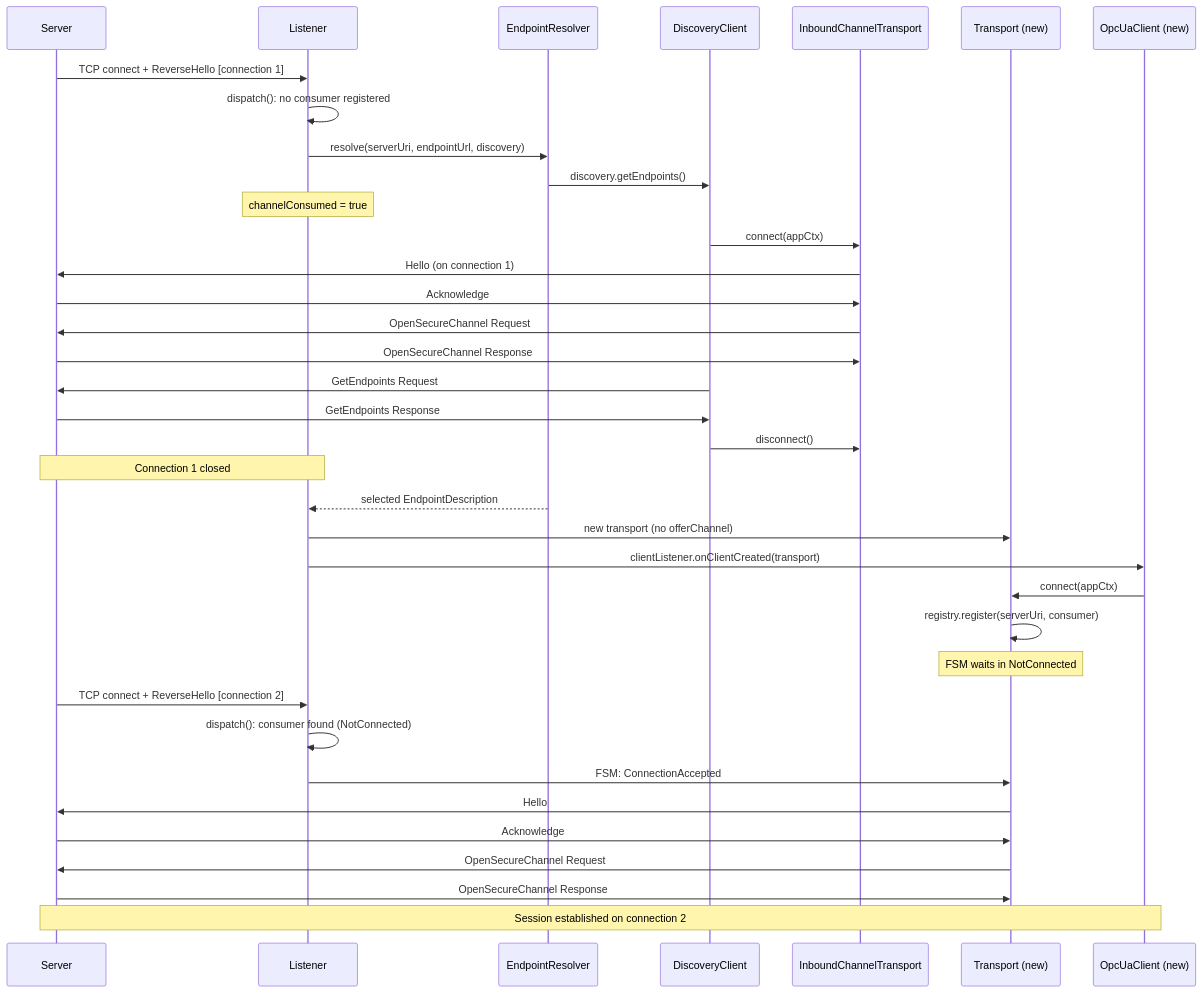
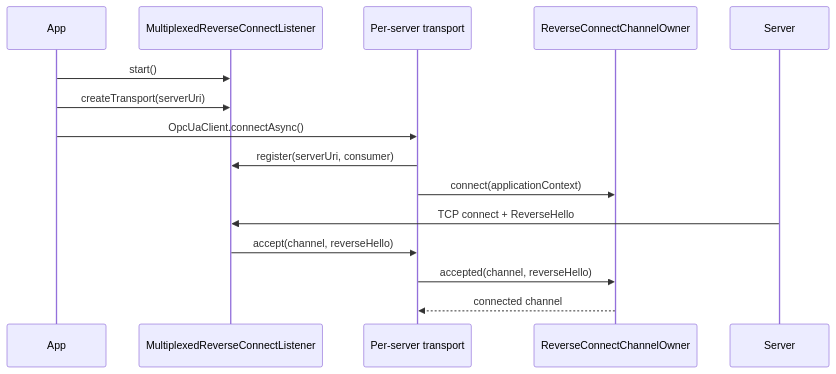
One commit to eclipse-milo/milo changed the fifth of 5 diagrams in docs/architecture/reverse-connect.md. Above: the diagram before and after it, drawn with Mermaid. The commit also changed other lines of this file and 4 other files, not shown here.

First line of the commit message:
Refresh reverse connect docs and examples

````diff
--- a/docs/architecture/reverse-connect.md
+++ b/docs/architecture/reverse-connect.md
@@ -858,41 +331,18 @@
 ```mermaid
 sequenceDiagram
+    participant App
+    participant L as MultiplexedReverseConnectListener
+    participant T as Per-server transport
+    participant O as ReverseConnectChannelOwner
     participant S as Server
-    participant L as Listener
-    participant R as EndpointResolver
-    participant D as DiscoveryClient
-    participant ICT as InboundChannelTransport
-    participant T as Transport (new)
-    participant C as OpcUaClient (new)
 
-    S->>L: TCP connect + ReverseHello [connection 1]
-    L->>L: dispatch(): no consumer registered
-    L->>R: resolve(serverUri, endpointUrl, discovery)
-    R->>D: discovery.getEndpoints()
-    Note over L: channelConsumed = true
-    D->>ICT: connect(appCtx)
-    ICT->>S: Hello (on connection 1)
-    S->>ICT: Acknowledge
-    ICT->>S: OpenSecureChannel Request
-    S->>ICT: OpenSecureChannel Response
-    D->>S: GetEndpoints Request
-    S->>D: GetEndpoints Response
-    D->>ICT: disconnect()
-    Note over S,L: Connection 1 closed
-
-    R-->>L: selected EndpointDescription
-    L->>T: new transport (no offerChannel)
-    L->>C: clientListener.onClientCreated(transport)
-    C->>T: connect(appCtx)
-    T->>T: registry.register(serverUri, consumer)
-    Note over T: FSM waits in NotConnected
-
-    S->>L: TCP connect + ReverseHello [connection 2]
-    L->>L: dispatch(): consumer found (NotConnected)
-    L->>T: FSM: ConnectionAccepted
-    T->>S: Hello
-    S->>T: Acknowledge
-    T->>S: OpenSecureChannel Request
-    S->>T: OpenSecureChannel Response
-    Note over S,C: Session established on connection 2
+    App->>L: start()
+    App->>L: createTransport(serverUri)
+    App->>T: OpcUaClient.connectAsync()
+    T->>L: register(serverUri, consumer)
+    T->>O: connect(applicationContext)
+    S->>L: TCP connect + ReverseHello
+    L->>T: accept(channel, reverseHello)
+    T->>O: accepted(channel, reverseHello)
+    O-->>T: connected channel
 ```
````
